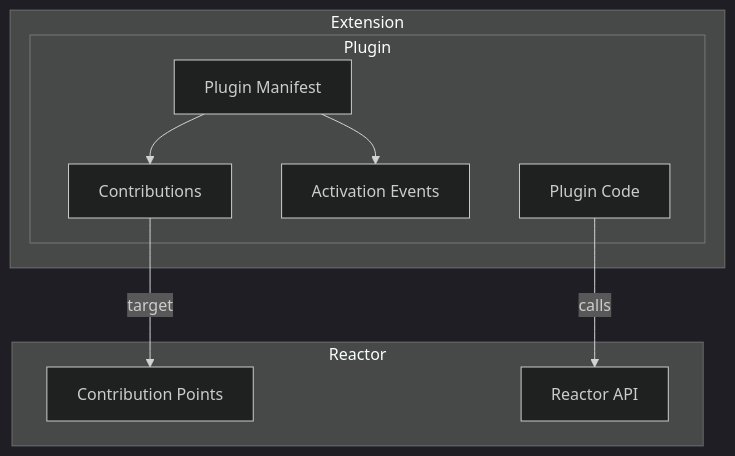
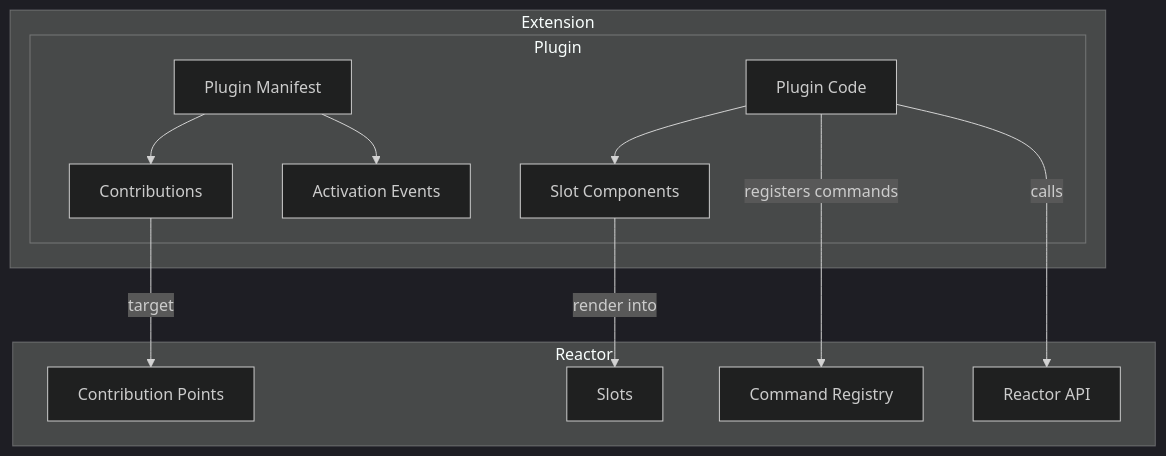
The sixth of 7 diagrams in docs/docs/overview/architecture.md (datalayer/reactor), drawn with Mermaid (dark theme) before and after one commit. The commit also changed other lines of this file and 112 other files, not shown here.

````diff
--- a/docs/docs/overview/architecture.md
+++ b/docs/docs/overview/architecture.md
@@ -68,19 +132,25 @@
 ```mermaid
 flowchart TD
   subgraph extension["Extension"]
     subgraph plugin["Plugin"]
       manifest["Plugin Manifest"]
       contributions["Contributions"]
       events["Activation Events"]
       code["Plugin Code"]
+      components["Slot Components"]
       manifest --> contributions
       manifest --> events
+      code --> components
     end
   end
   subgraph host["Reactor"]
     points["Contribution Points"]
+    slots["Slots"]
+    registry["Command Registry"]
     api["Reactor API"]
   end
   contributions -->|target| points
+  components -->|render into| slots
+  code -->|registers commands| registry
   code -->|calls| api
 ```
````
